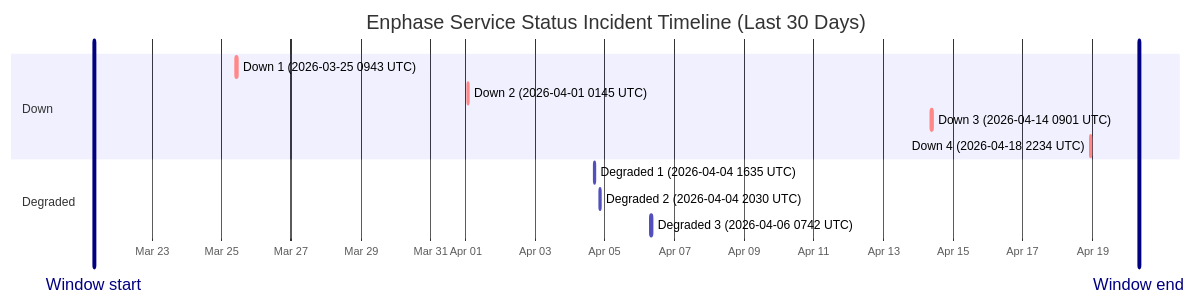
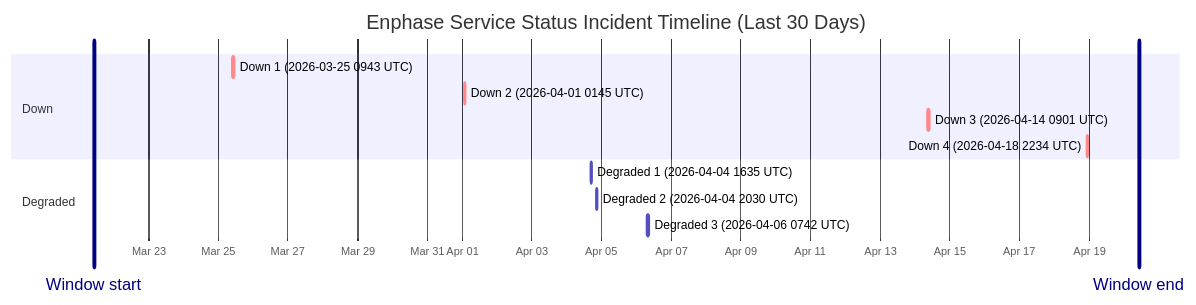
One commit to barneyonline/ha-enphase-ev-charger changed the diagram in wiki/Service-Status-History.md. Above: the diagram before and after it, drawn with Mermaid. The commit also changed other lines of this file and 3 other files, not shown here.

````diff
--- a/wiki/Service-Status-History.md
+++ b/wiki/Service-Status-History.md
@@ -14,17 +14,17 @@
 ```mermaid
 gantt
     title Enphase Service Status Incident Timeline (Last 30 Days)
     dateFormat  YYYY-MM-DDTHH:mm:ss
     axisFormat  %b %d
-    Window start :vert, window-start, 2026-03-21T08:05:50, 0ms
-    Window end :vert, window-end, 2026-04-20T08:05:50, 0ms
+    Window start :vert, window-start, 2026-03-21T10:14:51, 0ms
+    Window end :vert, window-end, 2026-04-20T10:14:51, 0ms
     section Down
     Down 1 (2026-03-25 0943 UTC) :crit, down-1, 2026-03-25T09:43:28, 111m
     Down 2 (2026-04-01 0145 UTC) :crit, down-2, 2026-04-01T01:45:09, 60m
     Down 3 (2026-04-14 0901 UTC) :crit, down-3, 2026-04-14T09:01:13, 60m
     Down 4 (2026-04-18 2234 UTC) :crit, down-4, 2026-04-18T22:34:13, 60m
     section Degraded
     Degraded 1 (2026-04-04 1635 UTC) :active, degraded-1, 2026-04-04T16:35:17, 60m
     Degraded 2 (2026-04-04 2030 UTC) :active, degraded-2, 2026-04-04T20:30:40, 60m
     Degraded 3 (2026-04-06 0742 UTC) :active, degraded-3, 2026-04-06T07:42:09, 85m
 ```
````
